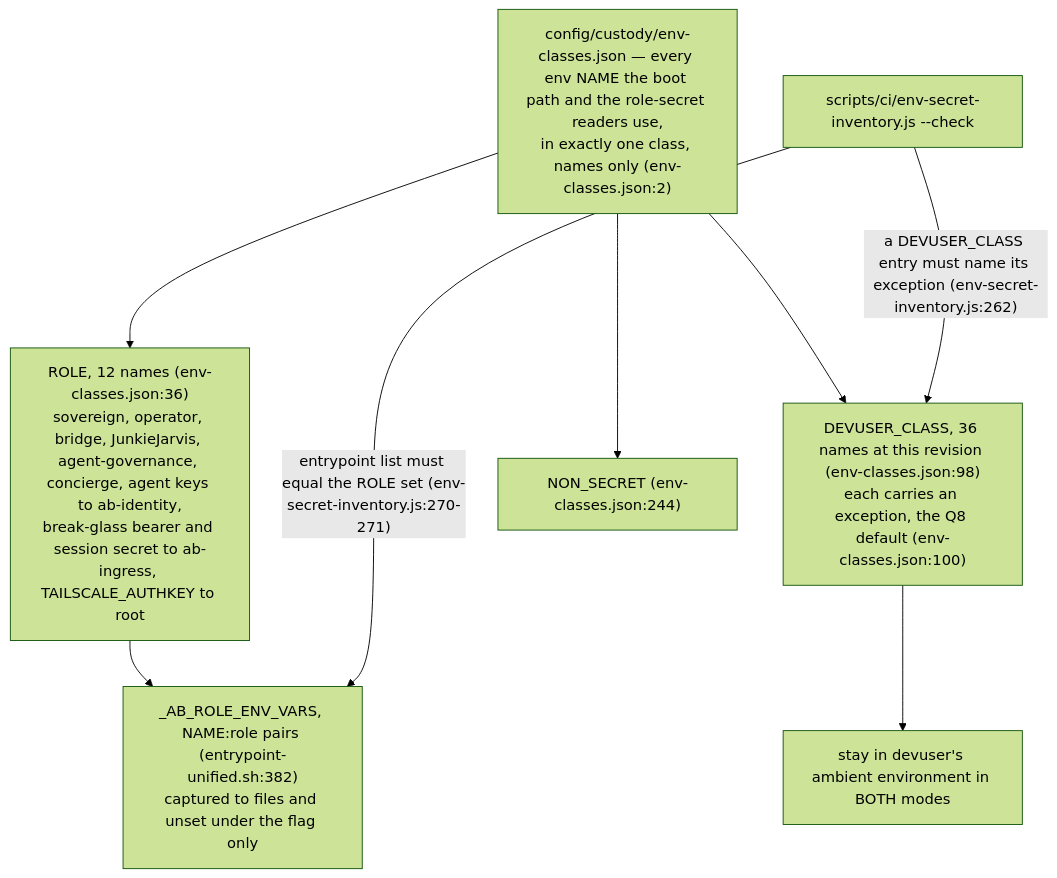
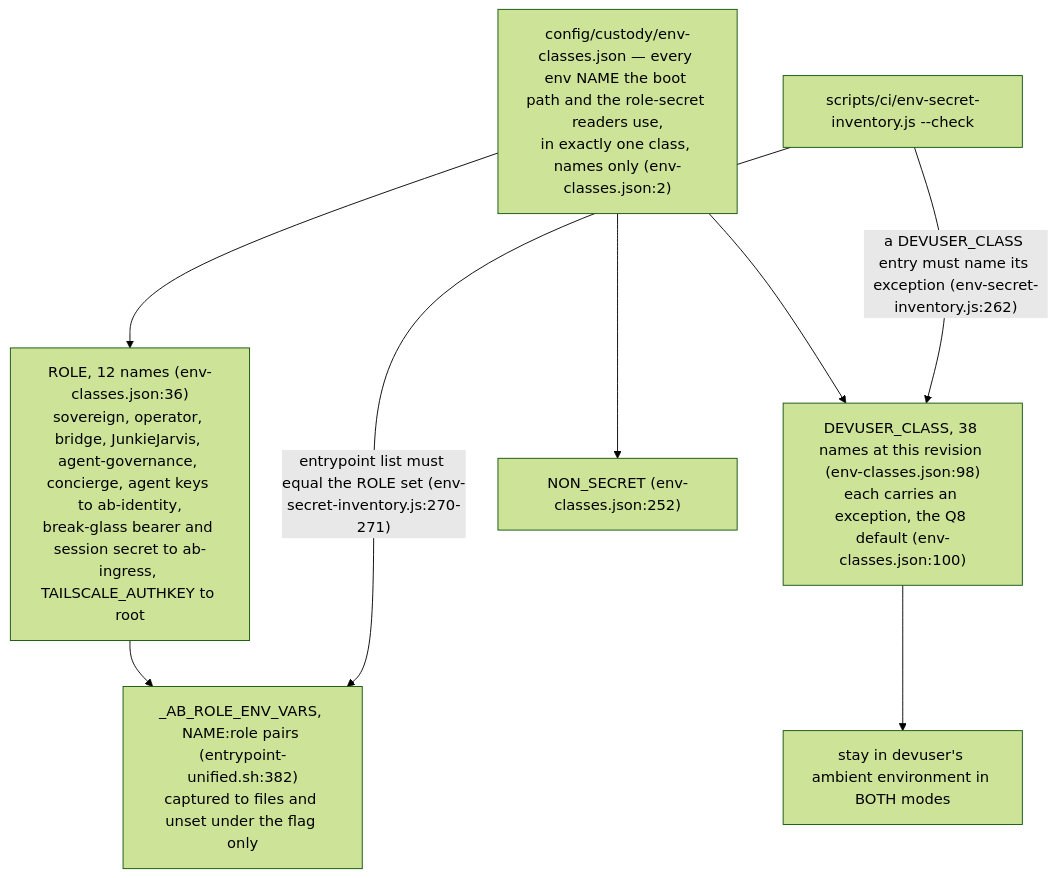
One commit to DreamLab-AI/VisionFlow changed the sixth of 7 diagrams in docs/diagrams/agentbox/36-role-isolation-and-identity-port.md. Above: the diagram before and after it, drawn with Mermaid (forest theme). The commit also changed other lines of this file and 8 other files, not shown here.

First line of the commit message:
docs(diagrams): re-verify the NIP-98 proxy topics and the custody counts at agentbox 0693c761c (VF-DIAGRAM-NIP98-DRIFT)

````diff
--- a/docs/diagrams/agentbox/36-role-isolation-and-identity-port.md
+++ b/docs/diagrams/agentbox/36-role-isolation-and-identity-port.md
@@ -229,12 +232,12 @@
 ```mermaid
 flowchart TB
     TAB["config/custody/env-classes.json — every env NAME the boot path and the role-secret readers use,<br/>in exactly one class, names only (env-classes.json:2)"]
     TAB --> ROLE["ROLE, 12 names (env-classes.json:36)<br/>sovereign, operator, bridge, JunkieJarvis, agent-governance, concierge, agent keys to ab-identity,<br/>break-glass bearer and session secret to ab-ingress, TAILSCALE_AUTHKEY to root"]
-    TAB --> DC["DEVUSER_CLASS, 36 names at this revision (env-classes.json:98)<br/>each carries an exception, the Q8 default (env-classes.json:100)"]
-    TAB --> NS["NON_SECRET (env-classes.json:244)"]
+    TAB --> DC["DEVUSER_CLASS, 38 names at this revision (env-classes.json:98)<br/>each carries an exception, the Q8 default (env-classes.json:100)"]
+    TAB --> NS["NON_SECRET (env-classes.json:252)"]
     ROLE --> EP["_AB_ROLE_ENV_VARS, NAME:role pairs (entrypoint-unified.sh:382)<br/>captured to files and unset under the flag only"]
     DC --> STAY["stay in devuser's ambient environment in BOTH modes"]
     CI["scripts/ci/env-secret-inventory.js --check"]
     CI -->|"entrypoint list must equal the ROLE set (env-secret-inventory.js:270-271)"| EP
     CI -->|"a DEVUSER_CLASS entry must name its exception (env-secret-inventory.js:262)"| DC
 ```
````
